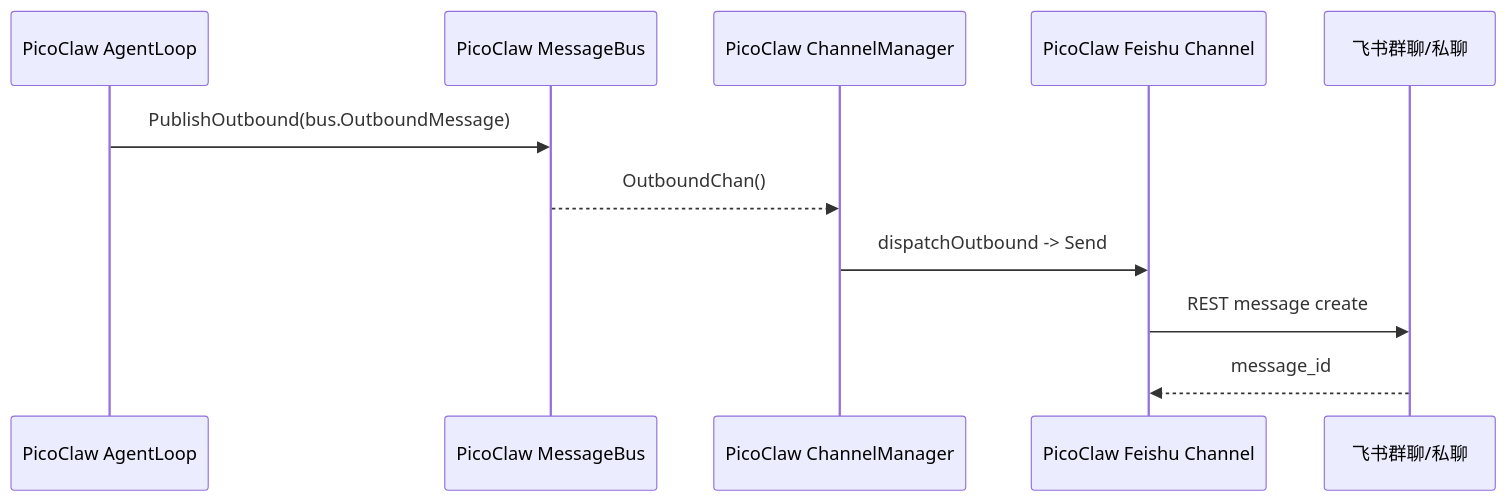
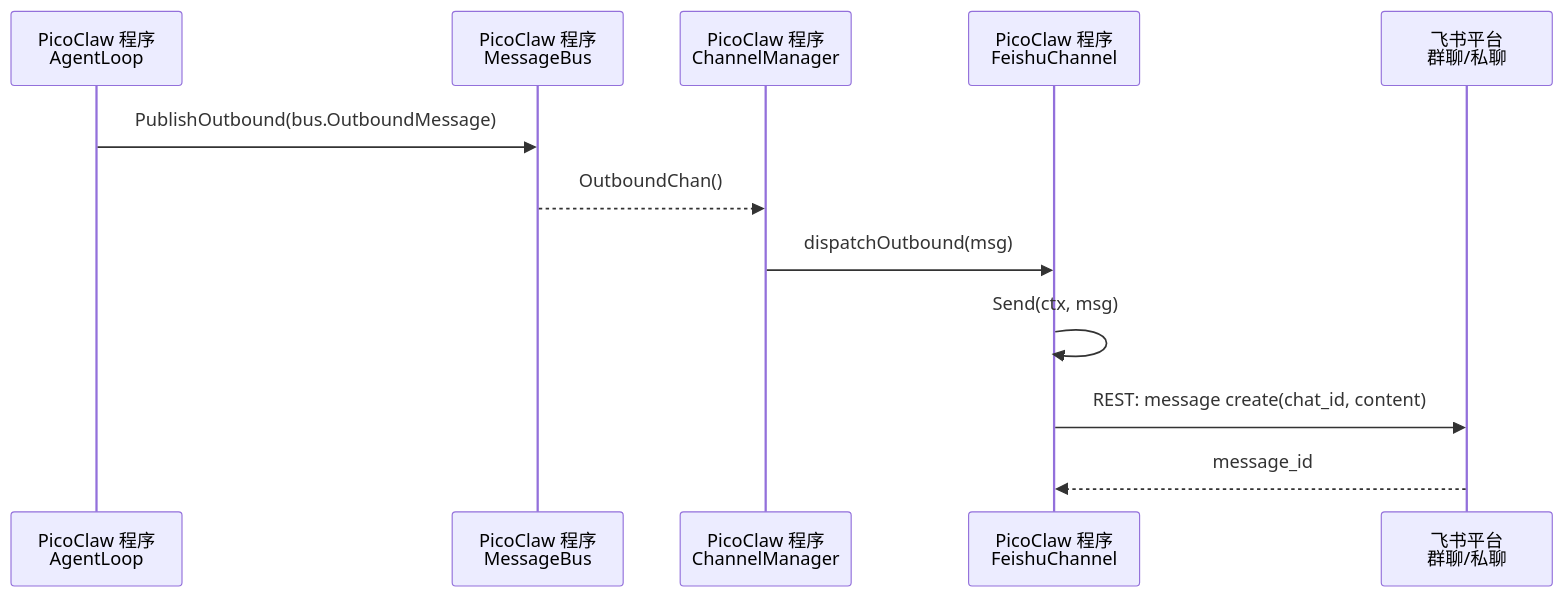
The third of 12 diagrams in docs/channel/codex-feishu.zh.md (GatewayJ/csgclaw), drawn with Mermaid before and after one commit. The commit also changed other lines of this file, not shown here.

Commit message:
docs: label programs in feishu flow diagrams

````diff
--- a/docs/channel/codex-feishu.zh.md
+++ b/docs/channel/codex-feishu.zh.md
@@ -59,14 +59,15 @@
 ```mermaid
 sequenceDiagram
-    participant Agent as PicoClaw AgentLoop
-    participant Bus as PicoClaw MessageBus
-    participant Manager as PicoClaw ChannelManager
-    participant Channel as PicoClaw Feishu Channel
-    participant Feishu as 飞书群聊/私聊
+    participant Agent as PicoClaw 程序<br/>AgentLoop
+    participant Bus as PicoClaw 程序<br/>MessageBus
+    participant Manager as PicoClaw 程序<br/>ChannelManager
+    participant Channel as PicoClaw 程序<br/>FeishuChannel
+    participant Feishu as 飞书平台<br/>群聊/私聊
 
     Agent->>Bus: PublishOutbound(bus.OutboundMessage)
     Bus-->>Manager: OutboundChan()
-    Manager->>Channel: dispatchOutbound -> Send
-    Channel->>Feishu: REST message create
+    Manager->>Channel: dispatchOutbound(msg)
+    Channel->>Channel: Send(ctx, msg)
+    Channel->>Feishu: REST: message create(chat_id, content)
     Feishu-->>Channel: message_id
 ```
````
